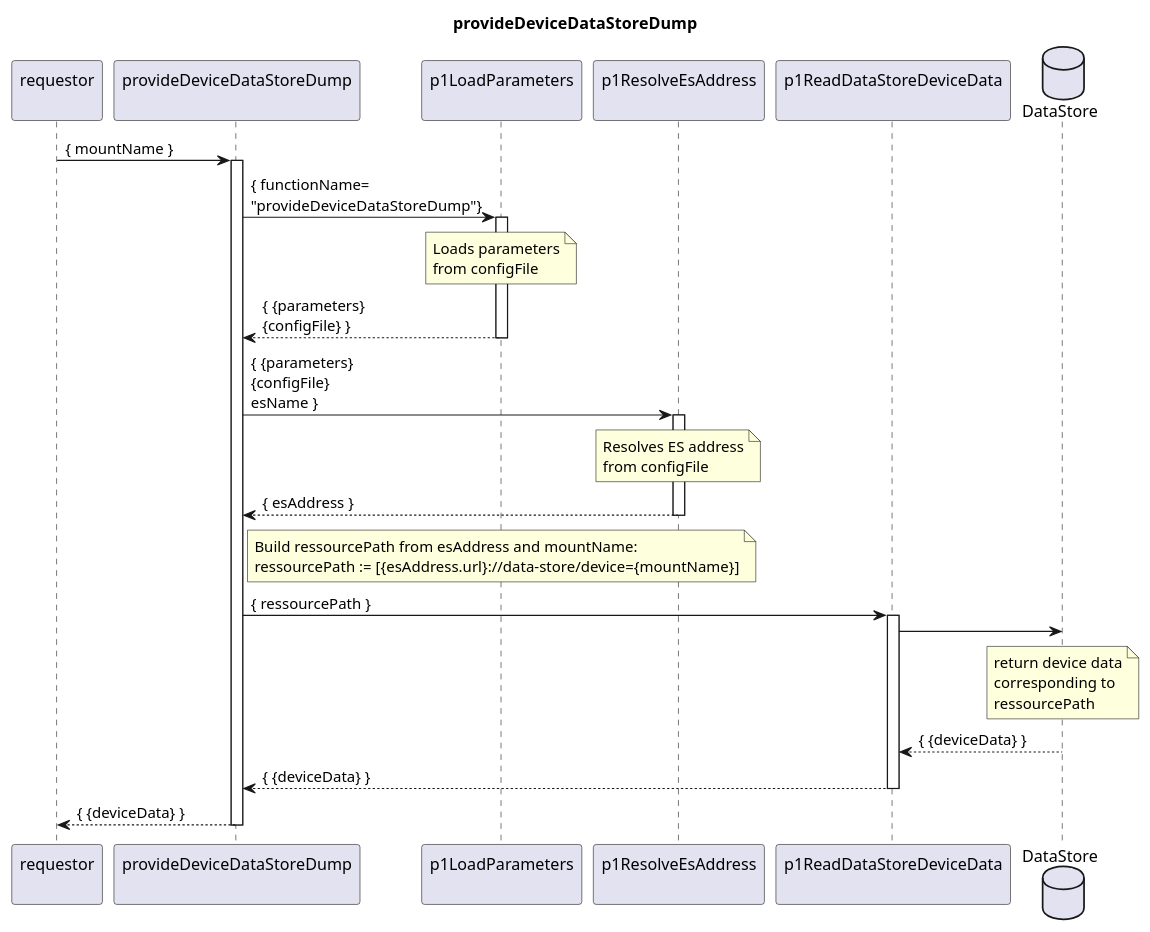
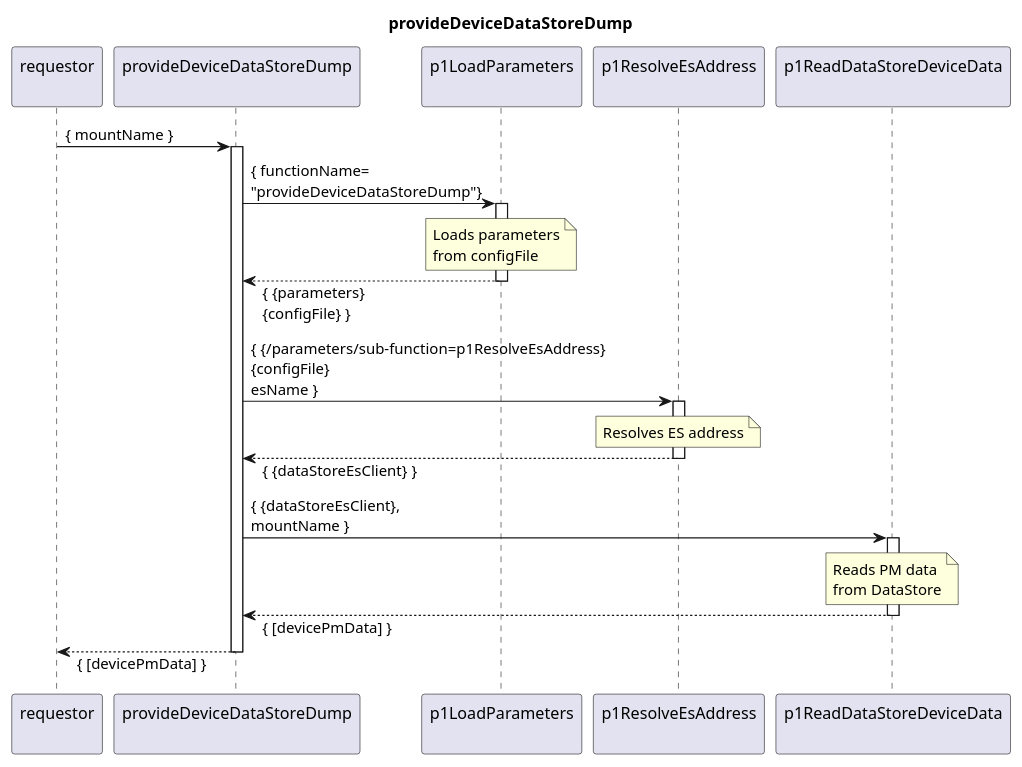
One commit to openBackhaul/DevicePerformanceManagementDataProcessor changed the diagram in spec/Services/provideDeviceDataStoreDump/1.0.0/provideDeviceDataStoreDump.plantuml. Above: the diagram before and after it, drawn with PlantUML. The commit also changed 33 other files, not shown here.

Commit message:
Review and finalize /provideDeviceDataStoreDump

```diff
--- a/spec/Services/provideDeviceDataStoreDump/1.0.0/provideDeviceDataStoreDump.plantuml
+++ b/spec/Services/provideDeviceDataStoreDump/1.0.0/provideDeviceDataStoreDump.plantuml
@@ -1,68 +1,55 @@
 @startuml provideDeviceDataStoreDump
-skinparam responseMessageBelowArrequestorw true
+skinparam responseMessageBelowArrow true
 
 title
   provideDeviceDataStoreDump
 end title
 
 participant "requestor\n" as requestor
 participant "provideDeviceDataStoreDump\n" as cur
 participant "p1LoadParameters\n" as loadParams
 participant "p1ResolveEsAddress\n" as resolveEsAddress
 participant "p1ReadDataStoreDeviceData\n" as p1Read
-database "DataStore" as ds
 
 
 requestor -> cur: { mountName }
 activate cur
-
 
   ' get parameters
   cur -> loadParams: { functionName=\n"provideDeviceDataStoreDump"}
   activate loadParams
 
     note over loadParams
       Loads parameters
       from configFile
     end note
     
-    cur <-- loadParams: { {parameters} \n{configFile} }
+  cur <-- loadParams: { {parameters} \n{configFile} }
   deactivate loadParams
 
   ' get ES address
-  cur -> resolveEsAddress: { {parameters} \n{configFile} \nesName }
+  cur -> resolveEsAddress: { {/parameters/sub-function=p1ResolveEsAddress} \n{configFile} \nesName }
   activate resolveEsAddress
 
     note over resolveEsAddress
       Resolves ES address
-      from configFile
     end note
     
-    cur <-- resolveEsAddress: { esAddress }
+  cur <-- resolveEsAddress: { {dataStoreEsClient} }
   deactivate resolveEsAddress 
 
-  note right of cur
-    Build ressourcePath from esAddress and mountName:
-    ressourcePath := [{esAddress.url}://data-store/device={mountName}]
-  end note
-
-
-  cur -> p1Read: { ressourcePath }
+  cur -> p1Read: { {dataStoreEsClient},\nmountName }
   activate p1Read
 
-    p1Read -> ds
-      note over ds
-        return device data
-        corresponding to
-        ressourcePath
-      end note
-    p1Read <-- ds: { {deviceData} }
+    note over p1Read
+      Reads PM data 
+      from DataStore
+    end note
 
-    cur <-- p1Read: { {deviceData} }
-
+  cur <-- p1Read: { [devicePmData] }
   deactivate p1Read
 
-  requestor <-- cur: { {deviceData} }
+requestor <-- cur: { [devicePmData] }
 deactivate cur
 
 @enduml
```
